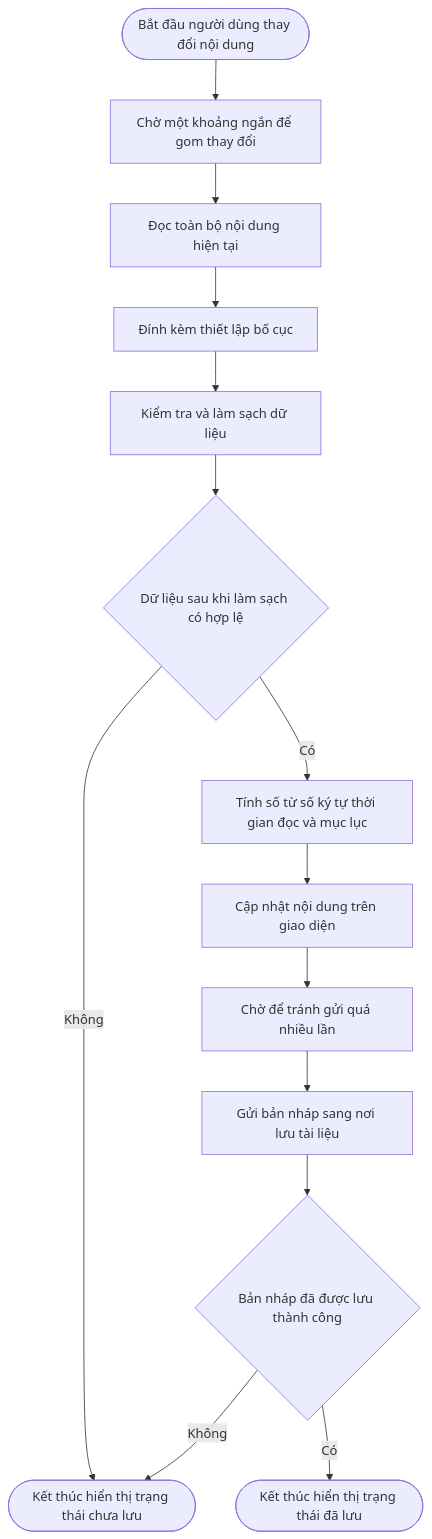
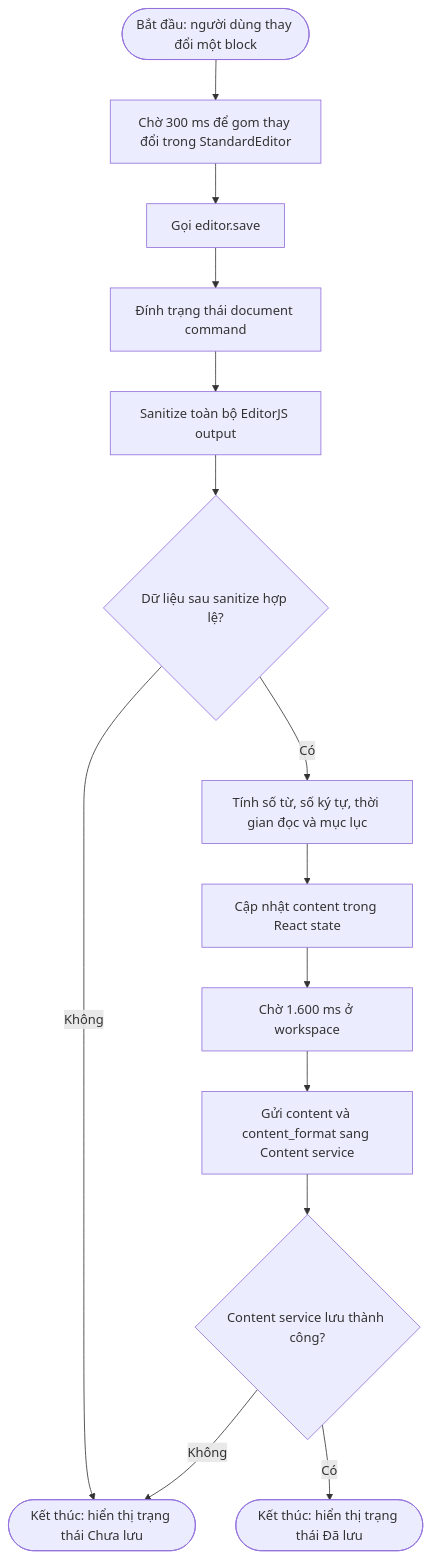
Before and after one commit to MinTruqday/dl: the sixth of 10 diagrams in compilation_workflow_and_architecture_guide.md, drawn with Mermaid. The commit also changed other lines of this file and 78 other files, not shown here.

````diff
--- a/compilation_workflow_and_architecture_guide.md
+++ b/compilation_workflow_and_architecture_guide.md
@@ -192,16 +147,16 @@
 ```mermaid
 flowchart TD
-    Start([Bắt đầu người dùng thay đổi nội dung]) --> Debounce[Chờ một khoảng ngắn để gom thay đổi]
-    Debounce --> SaveEditorJS[Đọc toàn bộ nội dung hiện tại]
-    SaveEditorJS --> AttachState[Đính kèm thiết lập bố cục]
-    AttachState --> Sanitize[Kiểm tra và làm sạch dữ liệu]
-    Sanitize --> ValidOutput{Dữ liệu sau khi làm sạch có hợp lệ}
-    ValidOutput -->|Không| SaveError([Kết thúc hiển thị trạng thái chưa lưu])
-    ValidOutput -->|Có| ComputeStats[Tính số từ số ký tự thời gian đọc và mục lục]
-    ComputeStats --> UpdateContent[Cập nhật nội dung trên giao diện]
-    UpdateContent --> WaitAutosave[Chờ để tránh gửi quá nhiều lần]
-    WaitAutosave --> SendDraft[Gửi bản nháp sang nơi lưu tài liệu]
-    SendDraft --> Saved{Bản nháp đã được lưu thành công}
+    Start([Bắt đầu: người dùng thay đổi một block]) --> Debounce[Chờ 300 ms để gom thay đổi trong StandardEditor]
+    Debounce --> SaveEditorJS[Gọi editor.save]
+    SaveEditorJS --> AttachState[Đính trạng thái document command]
+    AttachState --> Sanitize[Sanitize toàn bộ EditorJS output]
+    Sanitize --> ValidOutput{Dữ liệu sau sanitize hợp lệ?}
+    ValidOutput -->|Không| SaveError([Kết thúc: hiển thị trạng thái Chưa lưu])
+    ValidOutput -->|Có| ComputeStats[Tính số từ, số ký tự, thời gian đọc và mục lục]
+    ComputeStats --> UpdateContent[Cập nhật content trong React state]
+    UpdateContent --> WaitAutosave[Chờ 1.600 ms ở workspace]
+    WaitAutosave --> SendDraft[Gửi content và content_format sang Content service]
+    SendDraft --> Saved{Content service lưu thành công?}
     Saved -->|Không| SaveError
-    Saved -->|Có| End([Kết thúc hiển thị trạng thái đã lưu])
+    Saved -->|Có| End([Kết thúc: hiển thị trạng thái Đã lưu])
 ```
````
